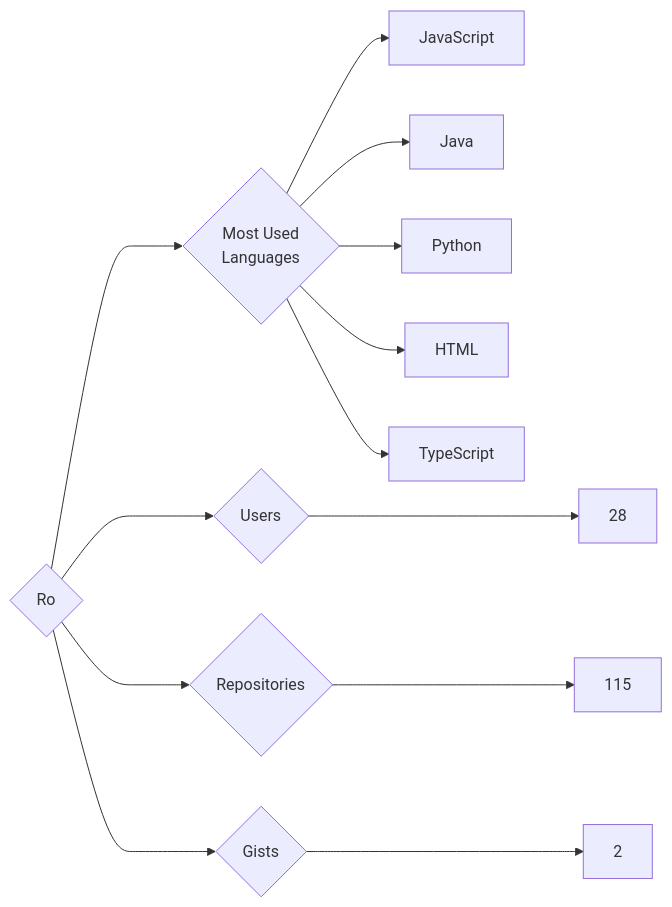
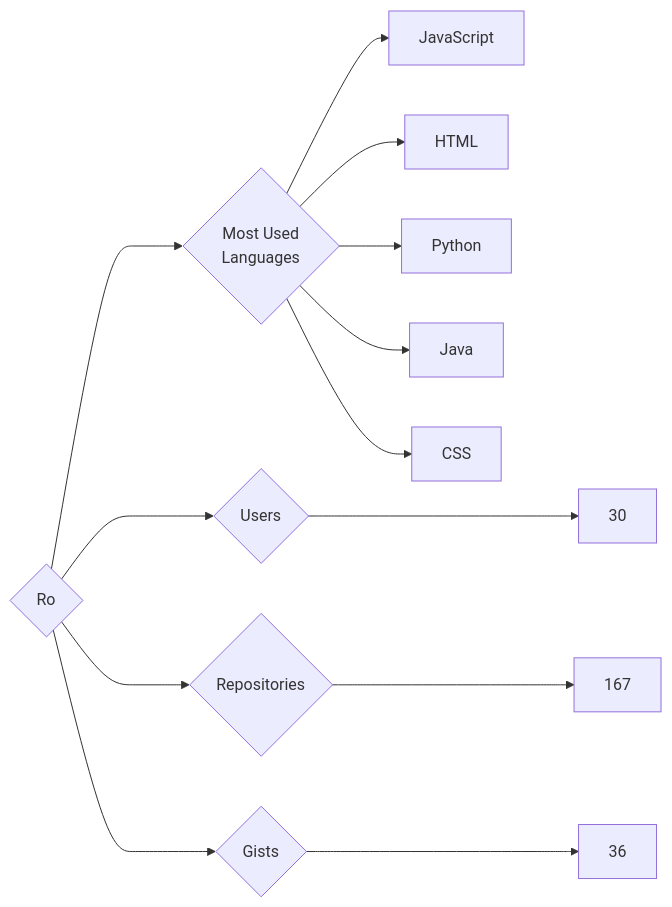
One commit to trickest/insiders changed the diagram in targets/Ro/README.md. Above: the diagram before and after it, drawn with Mermaid. The commit also changed 582 other files, not shown here.

````diff
--- a/targets/Ro/README.md
+++ b/targets/Ro/README.md
@@ -3,13 +3,13 @@
 ```mermaid
 graph LR
 COMPANY_NAME{Ro}
-COMPANY_NAME ---> U{Users} ---> UN[28]
-COMPANY_NAME ---> R{Repositories} ---> RN[115]
-COMPANY_NAME ---> G{Gists} ---> GN[2]
+COMPANY_NAME ---> U{Users} ---> UN[30]
+COMPANY_NAME ---> R{Repositories} ---> RN[167]
+COMPANY_NAME ---> G{Gists} ---> GN[36]
 COMPANY_NAME ---> ML{Most Used<br>Languages}
 ML --> JavaScript[JavaScript]
+ML --> HTML[HTML]
+ML --> Python[Python]
 ML --> Java[Java]
-ML --> Python[Python]
-ML --> HTML[HTML]
-ML --> TypeScript[TypeScript]
+ML --> CSS[CSS]
 ```
````
